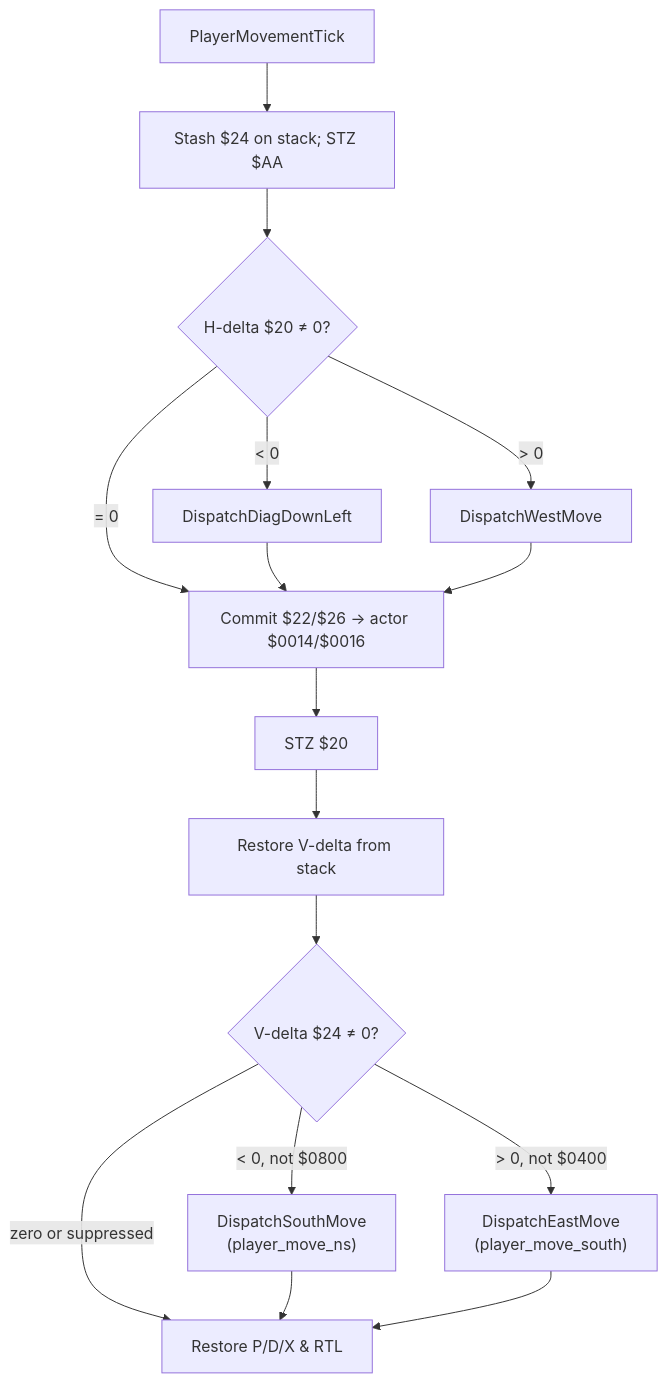
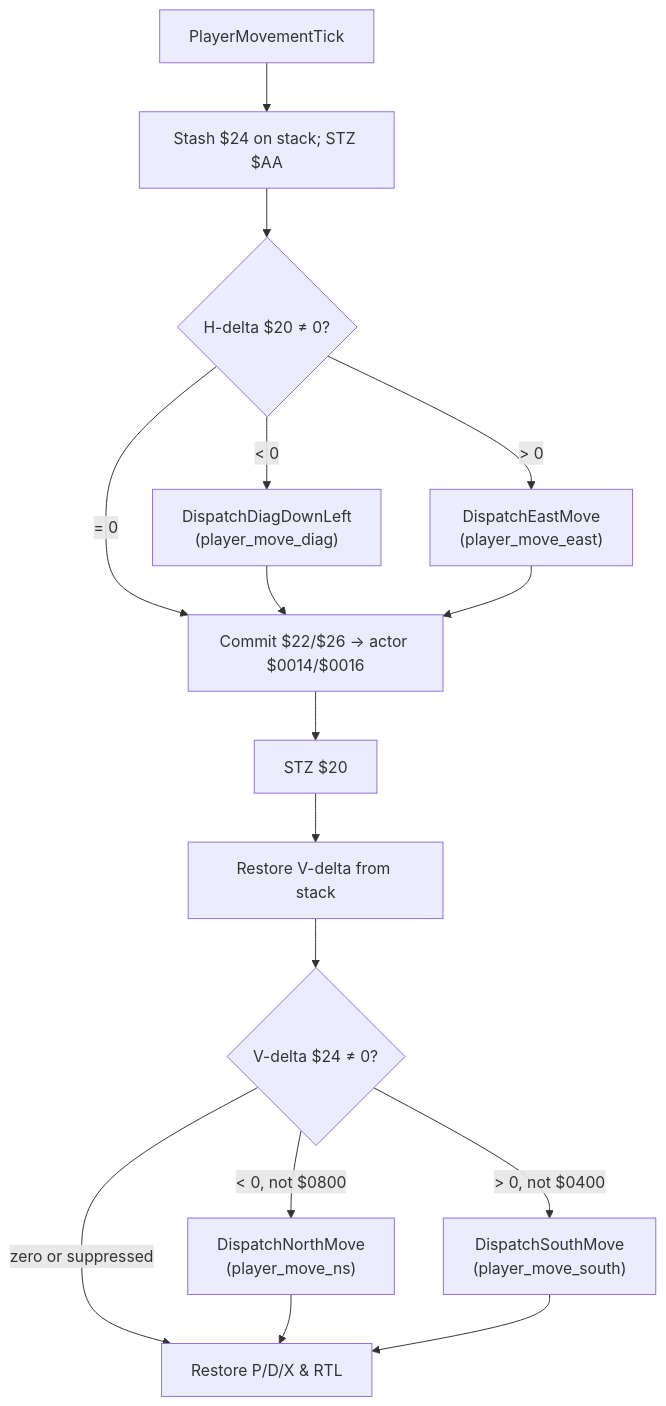
One commit to Azarem/gaia-iog-baserom changed the first of 2 diagrams in docs/code/bank02/player-movement.md. Above: the diagram before and after it, drawn with Mermaid. The commit also changed other lines of this file and 10 other files, not shown here.

````diff
--- a/docs/code/bank02/player-movement.md
+++ b/docs/code/bank02/player-movement.md
@@ -19,18 +19,18 @@
 ```mermaid
 flowchart TD
     PMT["PlayerMovementTick"] --> StashV["Stash $24 on stack; STZ $AA"]
     StashV --> HCHECK{"H-delta $20 ≠ 0?"}
-    HCHECK -->|"< 0"| DDL["DispatchDiagDownLeft"]
-    HCHECK -->|"> 0"| DWM["DispatchWestMove"]
+    HCHECK -->|"< 0"| DDL["DispatchDiagDownLeft<br/>(player_move_diag)"]
+    HCHECK -->|"> 0"| DEM2["DispatchEastMove<br/>(player_move_east)"]
     HCHECK -->|"= 0"| COMMIT["Commit $22/$26 → actor $0014/$0016"]
     DDL --> COMMIT
-    DWM --> COMMIT
+    DEM2 --> COMMIT
     COMMIT --> ClearH["STZ $20"]
     ClearH --> RestoreV["Restore V-delta from stack"]
     RestoreV --> VCHECK{"V-delta $24 ≠ 0?"}
-    VCHECK -->|"< 0, not $0800"| DSM["DispatchSouthMove<br/>(player_move_ns)"]
-    VCHECK -->|"> 0, not $0400"| DEM["DispatchEastMove<br/>(player_move_south)"]
+    VCHECK -->|"< 0, not $0800"| DNM["DispatchNorthMove<br/>(player_move_ns)"]
+    VCHECK -->|"> 0, not $0400"| DSM["DispatchSouthMove<br/>(player_move_south)"]
     VCHECK -->|"zero or suppressed"| Done["Restore P/D/X & RTL"]
+    DNM --> Done
     DSM --> Done
-    DEM --> Done
 ```
````
